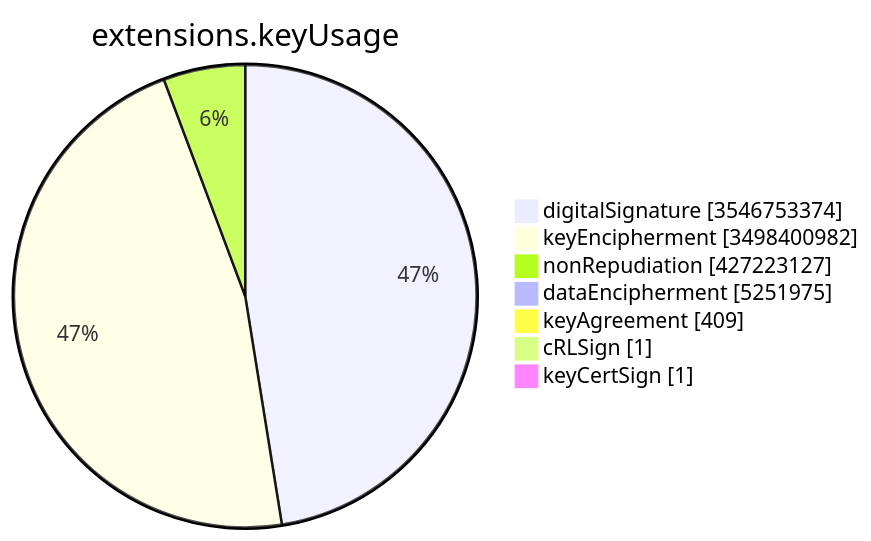
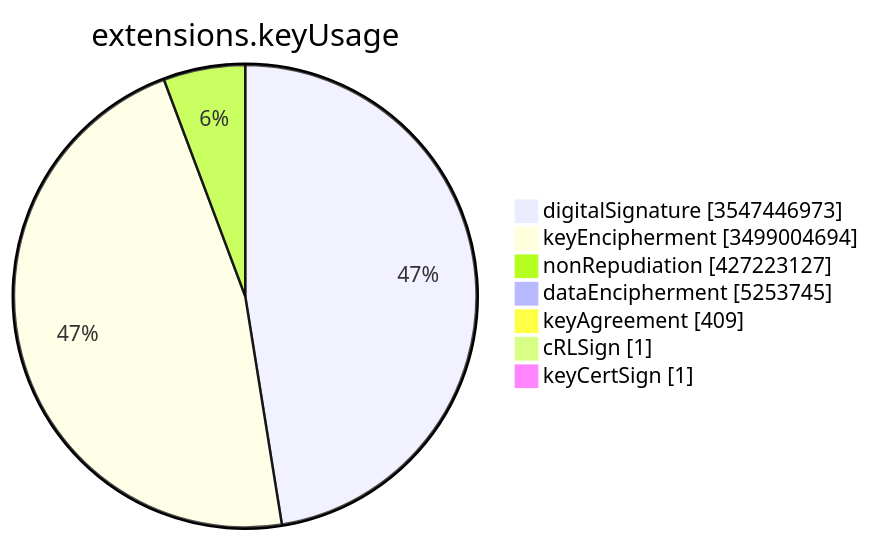
One commit to christiankrug/ctmonitor_visualization changed the sixth of 15 diagrams in TOTAL/README.md. Above: the diagram before and after it, drawn with Mermaid. The commit also changed other lines of this file, not shown here.

````diff
--- a/TOTAL/README.md
+++ b/TOTAL/README.md
@@ -3083,11 +3083,11 @@
 ```mermaid
 pie showData
 title extensions.keyUsage
-"digitalSignature" :3546753374
-"keyEncipherment" :3498400982
+"digitalSignature" :3547446973
+"keyEncipherment" :3499004694
 "nonRepudiation" :427223127
-"dataEncipherment" :5251975
+"dataEncipherment" :5253745
 "keyAgreement" :409
 "cRLSign" :1
 "keyCertSign" :1
 ```
````
